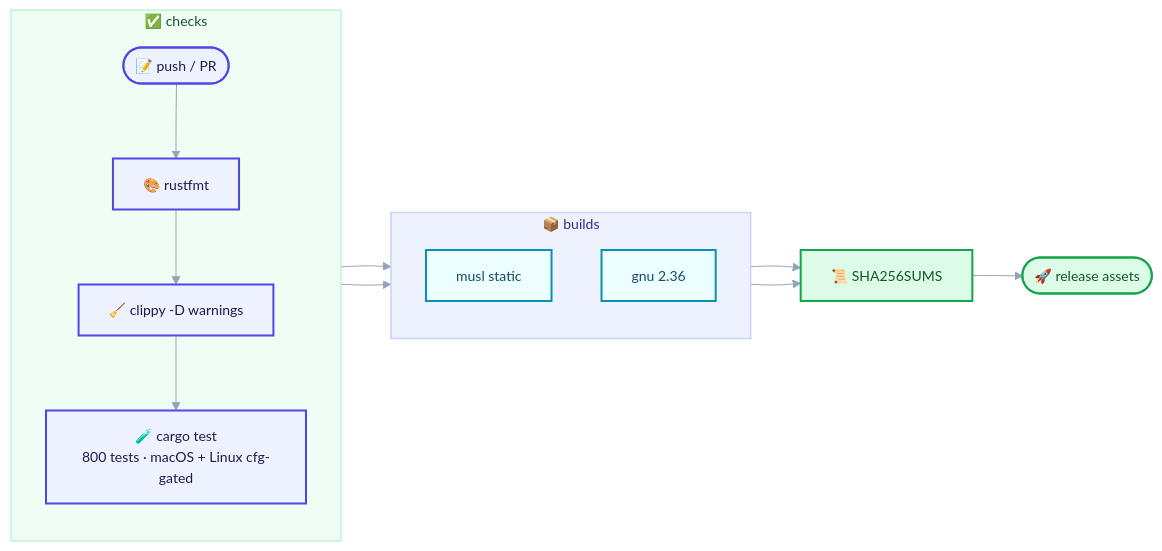
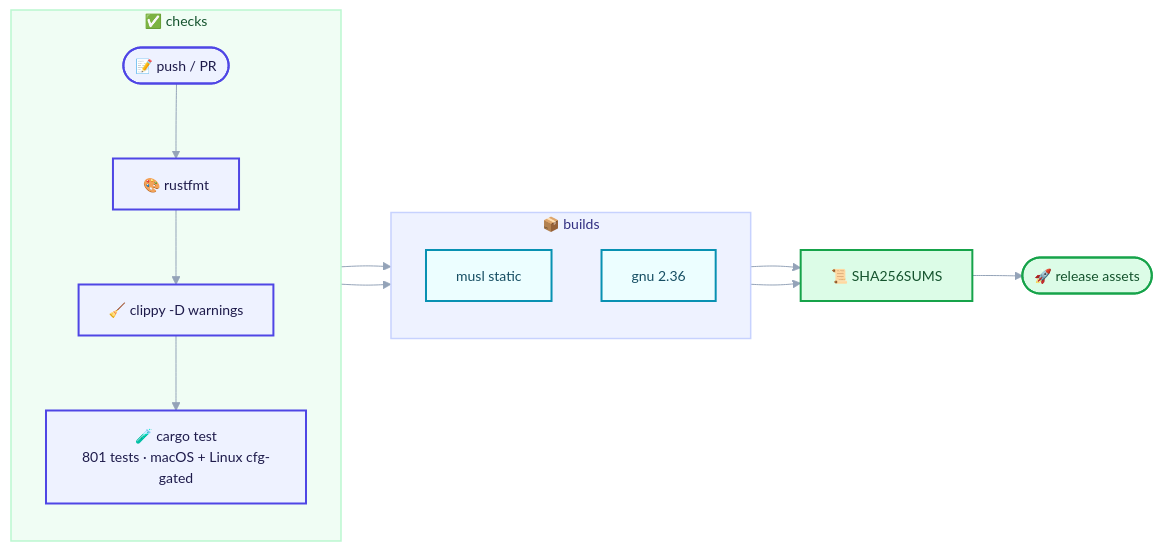
One commit to Terutoki/MyQUIC2 changed diagram 31 of 31 in README.md. Above: the diagram before and after it, drawn with Mermaid. The commit also changed other lines of this file and 13 other files, not shown here.

````diff
--- a/README.md
+++ b/README.md
@@ -2216,30 +2216,30 @@
 ```mermaid
 %%{init: {"theme":"base","themeVariables":{"fontSize":"14px","lineColor":"#94a3b8","textColor":"#0f172a","edgeLabelBackground":"#f8fafc"}}}%%
 flowchart LR
     accTitle: Continuous integration and release pipeline
     accDescr: Formatting, Clippy, and the full test suite gate two static builds, whose artifacts are hashed and published as release assets.
     subgraph CHECK["✅ checks"]
         direction TB
         C(["📝 push / PR"]) --> F["🎨 rustfmt"]
         F --> L["🧹 clippy -D warnings"]
-        L --> T["🧪 cargo test<br/>800 tests · macOS + Linux cfg-gated"]
+        L --> T["🧪 cargo test<br/>801 tests · macOS + Linux cfg-gated"]
     end
     subgraph BUILD["📦 builds"]
         direction TB
         M["musl static"]
         G["gnu 2.36"]
     end
     T --> M
     T --> G
     M --> A["📜 SHA256SUMS"]
     G --> A
     A --> R(["🚀 release assets"])
     classDef tunnel fill:#eef2ff,stroke:#4f46e5,stroke-width:2px,color:#1e1b4b
     classDef wire fill:#ecfeff,stroke:#0891b2,stroke-width:2px,color:#164e63
     classDef edge fill:#dcfce7,stroke:#16a34a,stroke-width:2px,color:#14532d
     class C,F,L,T tunnel
     class M,G wire
     class A,R edge
     style CHECK fill:#f0fdf4,stroke:#bbf7d0,stroke-width:1.5px,color:#14532d
     style BUILD fill:#eef2ff,stroke:#c7d2fe,stroke-width:1.5px,color:#312e81
 ```
````
